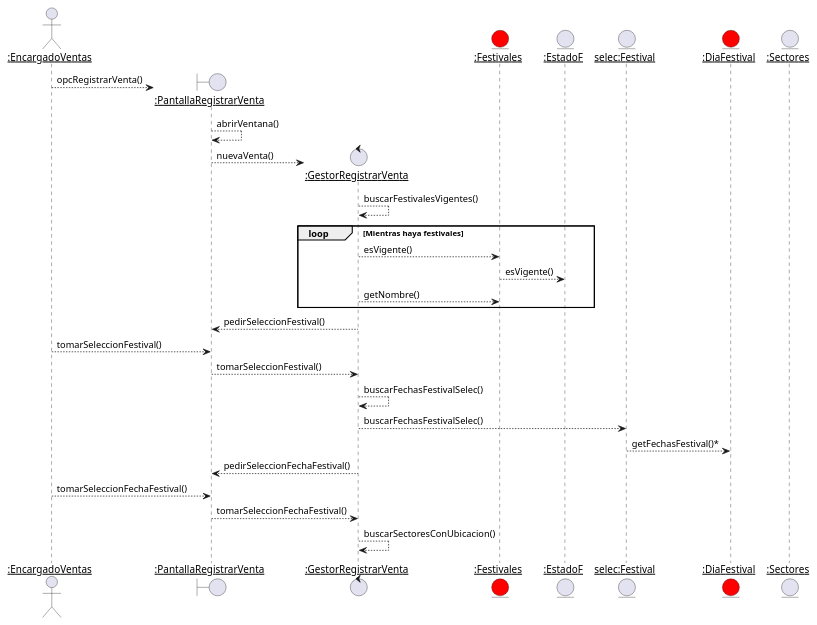
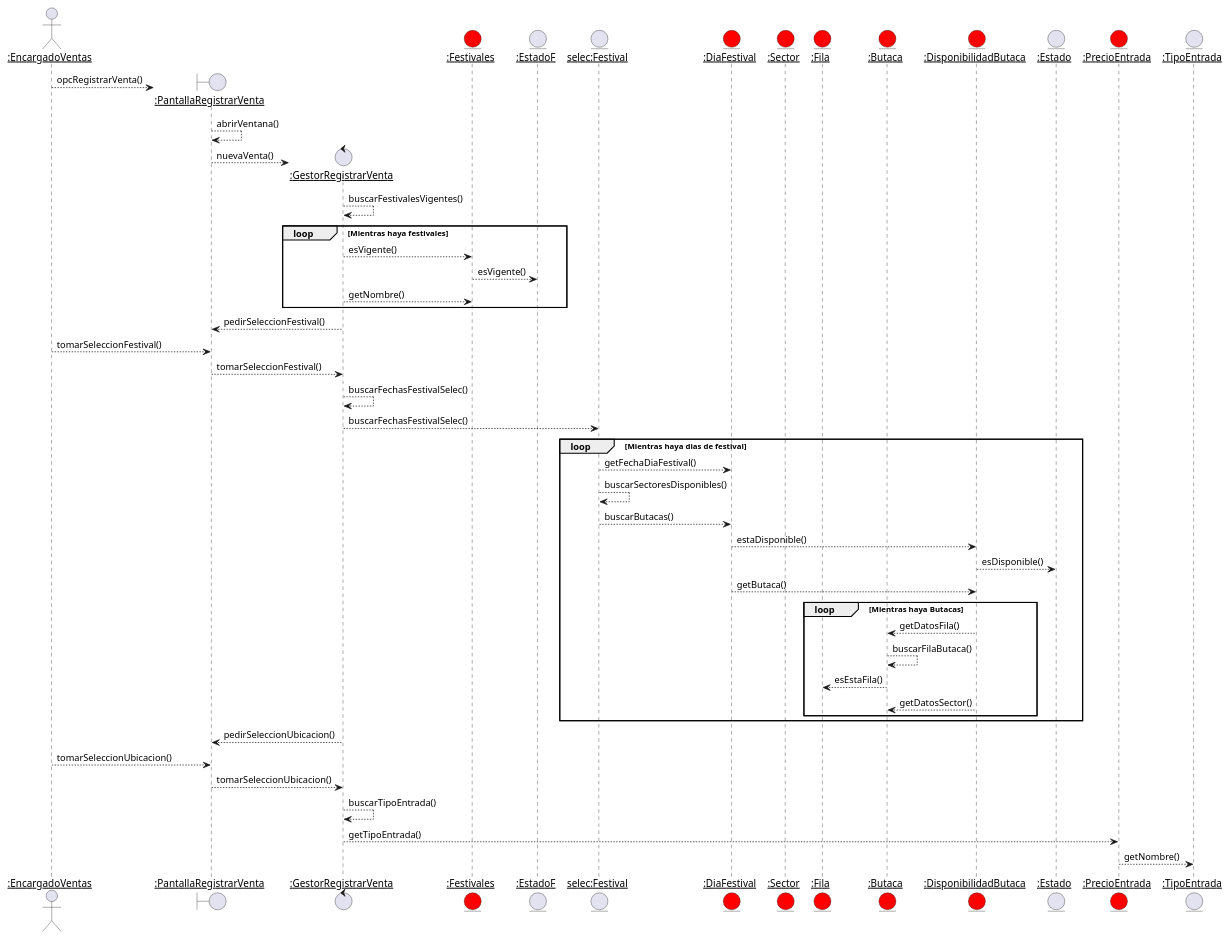
Before and after one commit to IgnacioSala20/Diagramas: the diagram in Folklore/VentaEntradas/secuencia.puml, drawn with PlantUML. The commit also changed 14 other files, not shown here.

Commit message:
RealizacionCU-DiagramaClases

```diff
--- a/Folklore/VentaEntradas/secuencia.puml
+++ b/Folklore/VentaEntradas/secuencia.puml
@@ -1,41 +1,64 @@
 @startuml secuencia 
 
 actor "__:EncargadoVentas__" as EV
 
 create boundary "__:PantallaRegistrarVenta__" as PRV 
 
 EV --> PRV : opcRegistrarVenta()
 PRV --> PRV : abrirVentana()
 create control "__:GestorRegistrarVenta__" as GRV 
 PRV --> GRV : nuevaVenta()
 
 GRV --> GRV : buscarFestivalesVigentes()
 entity "__:Festivales__" as F #red
 entity "__:EstadoF__" as EF
 group loop [Mientras haya festivales]
     GRV --> F : esVigente()
     F --> EF : esVigente()
     GRV --> F : getNombre()
 end
 
 GRV --> PRV : pedirSeleccionFestival()
 EV --> PRV : tomarSeleccionFestival()
 
 PRV --> GRV : tomarSeleccionFestival()
 entity "__selec:Festival__" as SF 
 GRV --> GRV : buscarFechasFestivalSelec()
 GRV --> SF : buscarFechasFestivalSelec()
 entity "__:DiaFestival__" as DF #red
+entity "__:Sector__" as S #red
+entity "__:Fila__" as Fila #red
+entity "__:Butaca__" as B #red
+entity "__:DisponibilidadButaca__" as DB #red
+entity "__:Estado__" as E 
+group loop [Mientras haya dias de festival]
+    SF --> DF : getFechaDiaFestival()
+    SF --> SF : buscarSectoresDisponibles()
+    SF --> DF : buscarButacas()
+    DF --> DB : estaDisponible()
+    DB --> E : esDisponible()
+    DF --> DB :getButaca()
 
-SF --> DF : getFechasFestival()*
+    group loop [Mientras haya Butacas]
+        DB --> B : getDatosFila()
+        B --> B : buscarFilaButaca()
+        B --> Fila: esEstaFila()
+        DB -->B: getDatosSector()
+    end
+end
+GRV --> PRV : pedirSeleccionUbicacion()
+EV --> PRV : tomarSeleccionUbicacion()
+PRV --> GRV : tomarSeleccionUbicacion()
 
-GRV --> PRV : pedirSeleccionFechaFestival()
-EV --> PRV : tomarSeleccionFechaFestival()
-PRV --> GRV : tomarSeleccionFechaFestival()
+entity "__:PrecioEntrada__" as PE #red
+entity "__:TipoEntrada__" as TE
+GRV --> GRV : buscarTipoEntrada()
+GRV --> PE : getTipoEntrada()
+PE --> TE : getNombre()
 
-GRV --> GRV : buscarSectoresConUbicacion()
 
-entity "__:Sectores__" as S
+
+
 
 
 @enduml
```
